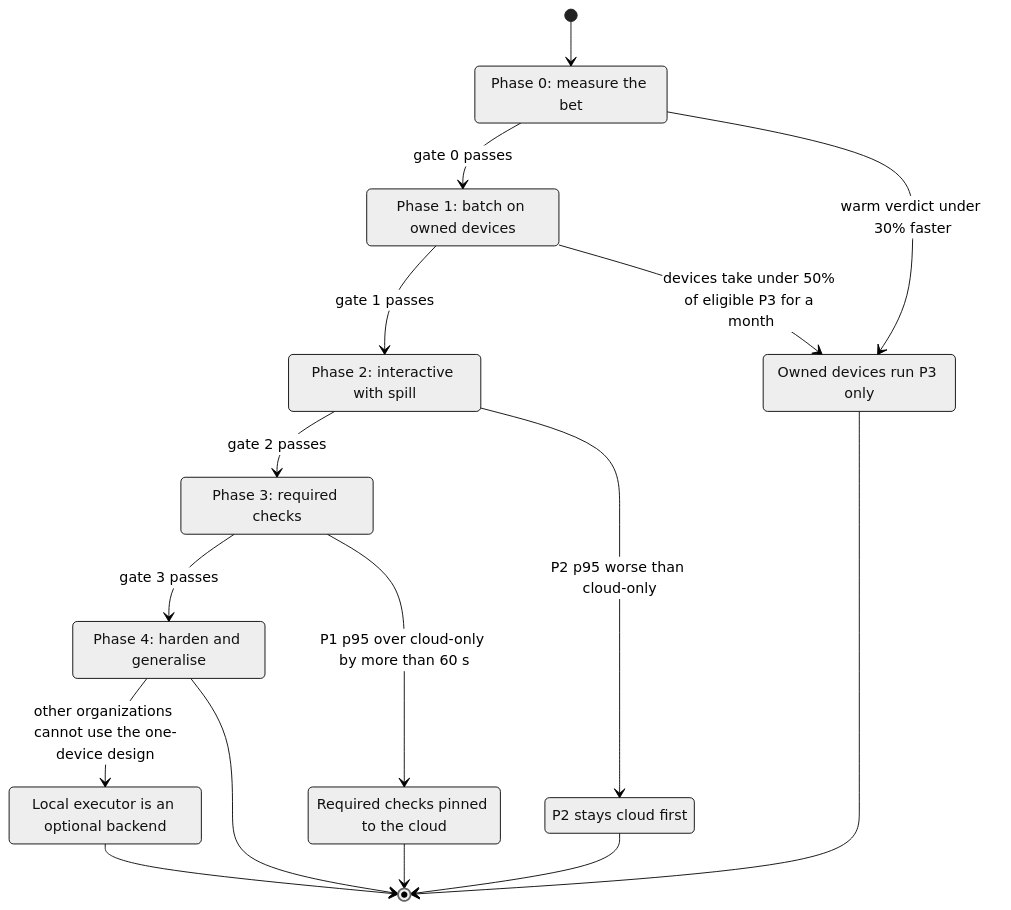
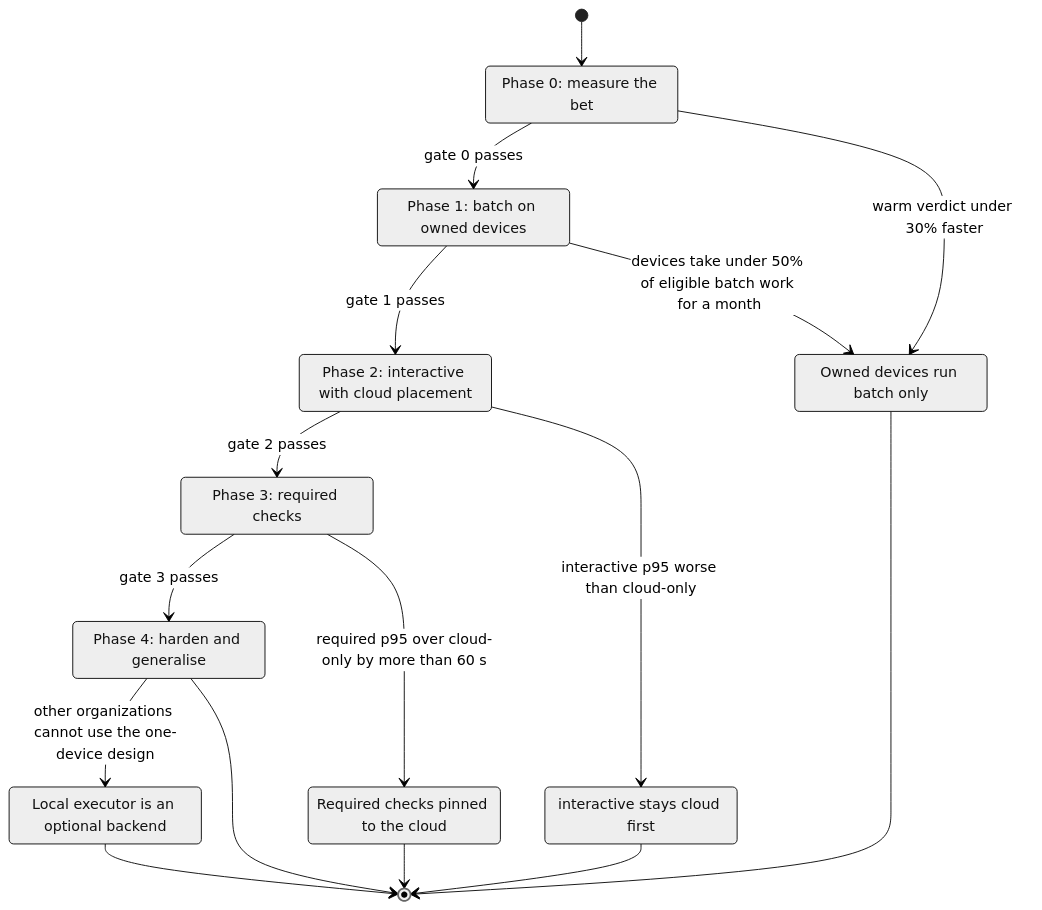
Before and after one commit to fractalboxdev/flare-dispatch: the first of 2 diagrams in specs/roadmap.md, drawn with Mermaid (neutral theme). The commit also changed other lines of this file and 45 other files, not shown here.

````diff
--- a/specs/roadmap.md
+++ b/specs/roadmap.md
@@ -24,31 +26,31 @@
 ```mermaid
 stateDiagram-v2
   accTitle: Phases and the gate transitions between them
   state "Phase 0: measure the bet" as p0
   state "Phase 1: batch on owned devices" as p1
-  state "Phase 2: interactive with spill" as p2
+  state "Phase 2: interactive with cloud placement" as p2
   state "Phase 3: required checks" as p3
   state "Phase 4: harden and generalise" as p4
-  state "Owned devices run P3 only" as batchOnly
-  state "P2 stays cloud first" as p2Cloud
+  state "Owned devices run batch only" as batchOnly
+  state "interactive stays cloud first" as p2Cloud
   state "Required checks pinned to the cloud" as pinned
   state "Local executor is an optional backend" as optional
   [*] --> p0
   p0 --> p1: gate 0 passes
   p0 --> batchOnly: warm verdict under 30% faster
   p1 --> p2: gate 1 passes
-  p1 --> batchOnly: devices take under 50% of eligible P3 for a month
+  p1 --> batchOnly: devices take under 50% of eligible batch work for a month
   p2 --> p3: gate 2 passes
-  p2 --> p2Cloud: P2 p95 worse than cloud-only
+  p2 --> p2Cloud: interactive p95 worse than cloud-only
   p3 --> p4: gate 3 passes
-  p3 --> pinned: P1 p95 over cloud-only by more than 60 s
+  p3 --> pinned: required p95 over cloud-only by more than 60 s
   p4 --> optional: other organizations cannot use the one-device design
   p4 --> [*]
   batchOnly --> [*]
   p2Cloud --> [*]
   pinned --> [*]
   optional --> [*]
   class p0,p1,p2,p3 accent
   class p4 ok
   class batchOnly,p2Cloud,pinned,optional danger
 ```
````
